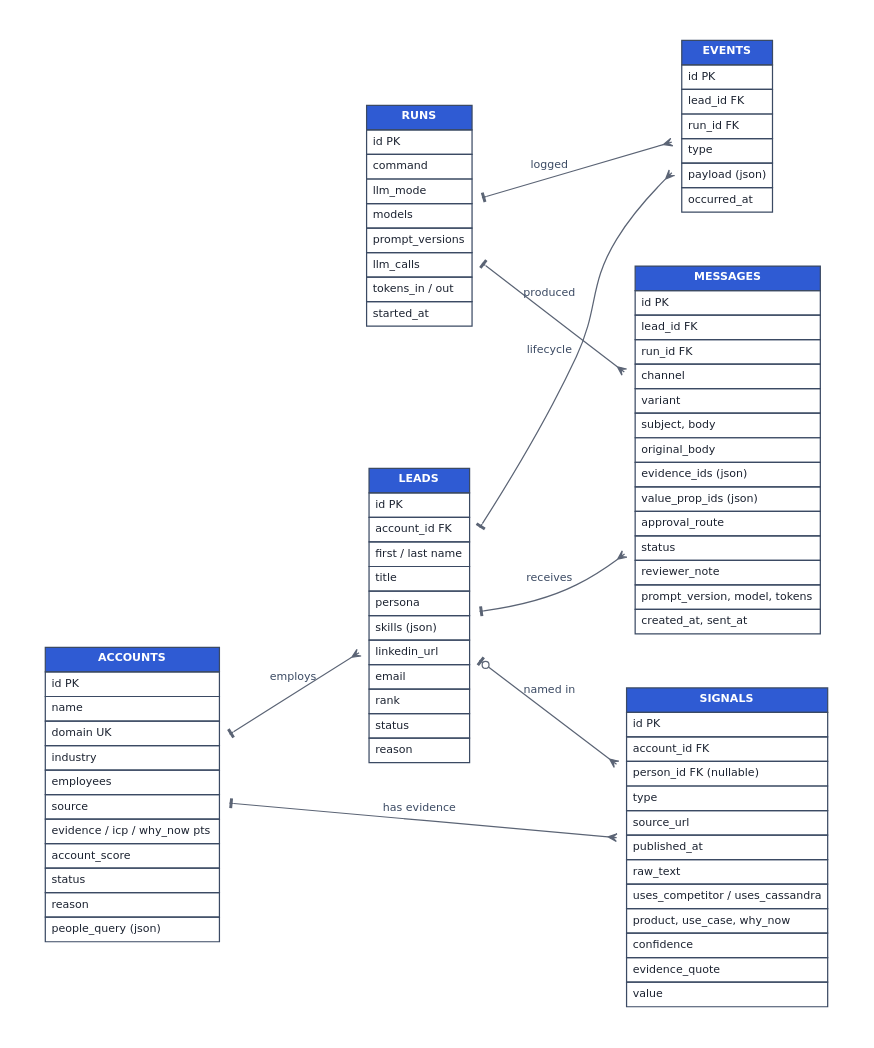
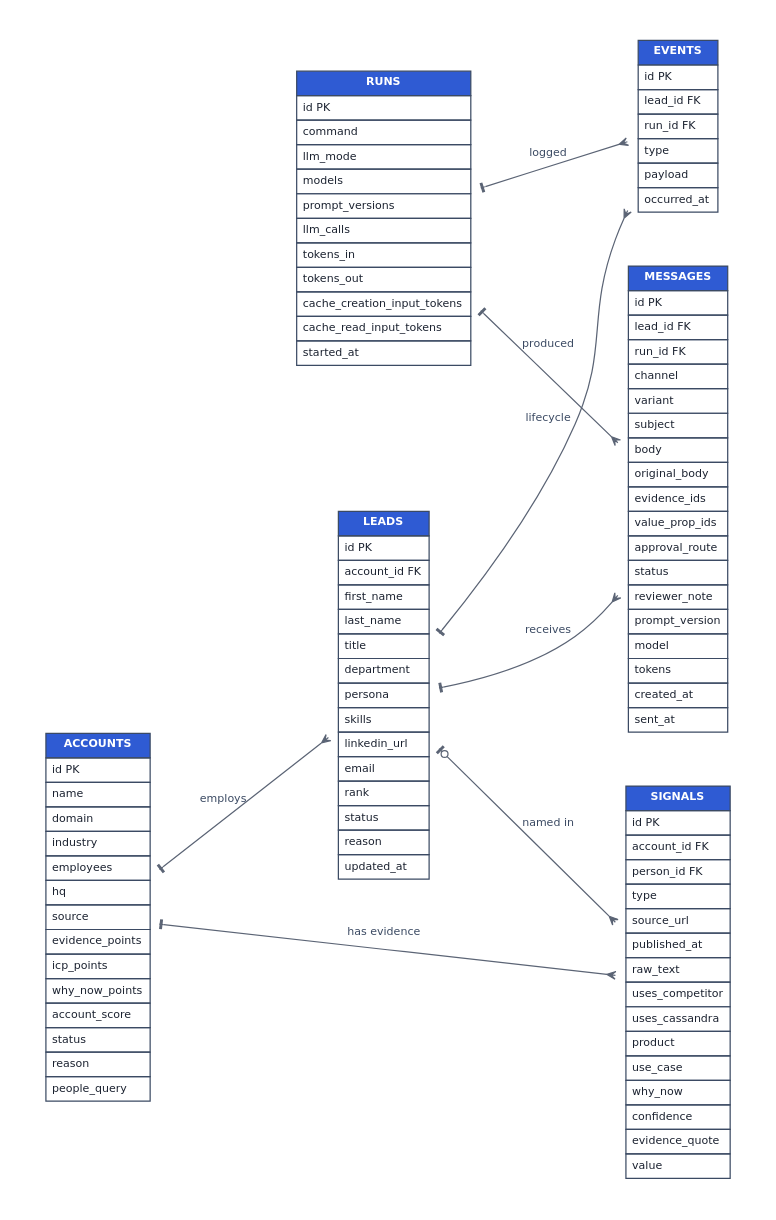
The diagram in docs/diagrams/erd.dot (OzShwartz/Scylla-Hunter-POC), drawn with Graphviz before and after one commit. The commit also changed 5 other files, not shown here.

First line of the commit message:
Step 1: replace infra_poc, message_lifecycle, erd diagrams

```diff
--- a/docs/diagrams/erd.dot
+++ b/docs/diagrams/erd.dot
@@ -1,17 +1,17 @@
-digraph G { rankdir=LR;   graph [fontname="DejaVu Sans", fontsize=11, bgcolor="white", pad=0.3, nodesep=0.45, ranksep=0.55];
+digraph G { rankdir=LR; graph [fontname="DejaVu Sans", fontsize=11, bgcolor="white", pad=0.3, nodesep=0.45, ranksep=0.55];
   node  [fontname="DejaVu Sans", fontsize=10, color="#3b4a63", fontcolor="#1b2230", penwidth=1.2];
   edge  [fontname="DejaVu Sans", fontsize=9, color="#5b6475", fontcolor="#3b4a63", arrowsize=0.7]; nodesep=0.5; ranksep=0.9; node [shape=plaintext, fontsize=9]; edge [dir=both, arrowhead=crow, arrowtail=tee];
-RUNS [label=<<TABLE BORDER="0" CELLBORDER="1" CELLSPACING="0" CELLPADDING="4" COLOR="#3b4a63"><TR><TD BGCOLOR="#2f5bd3"><FONT COLOR="white"><B>RUNS</B></FONT></TD></TR><TR><TD ALIGN="LEFT" PORT="0">id PK</TD></TR><TR><TD ALIGN="LEFT" PORT="1">command</TD></TR><TR><TD ALIGN="LEFT" PORT="2">llm_mode</TD></TR><TR><TD ALIGN="LEFT" PORT="3">models</TD></TR><TR><TD ALIGN="LEFT" PORT="4">prompt_versions</TD></TR><TR><TD ALIGN="LEFT" PORT="5">llm_calls</TD></TR><TR><TD ALIGN="LEFT" PORT="6">tokens_in / out</TD></TR><TR><TD ALIGN="LEFT" PORT="7">started_at</TD></TR></TABLE>>];
-ACCOUNTS [label=<<TABLE BORDER="0" CELLBORDER="1" CELLSPACING="0" CELLPADDING="4" COLOR="#3b4a63"><TR><TD BGCOLOR="#2f5bd3"><FONT COLOR="white"><B>ACCOUNTS</B></FONT></TD></TR><TR><TD ALIGN="LEFT" PORT="0">id PK</TD></TR><TR><TD ALIGN="LEFT" PORT="1">name</TD></TR><TR><TD ALIGN="LEFT" PORT="2">domain UK</TD></TR><TR><TD ALIGN="LEFT" PORT="3">industry</TD></TR><TR><TD ALIGN="LEFT" PORT="4">employees</TD></TR><TR><TD ALIGN="LEFT" PORT="5">source</TD></TR><TR><TD ALIGN="LEFT" PORT="6">evidence / icp / why_now pts</TD></TR><TR><TD ALIGN="LEFT" PORT="7">account_score</TD></TR><TR><TD ALIGN="LEFT" PORT="8">status</TD></TR><TR><TD ALIGN="LEFT" PORT="9">reason</TD></TR><TR><TD ALIGN="LEFT" PORT="10">people_query (json)</TD></TR></TABLE>>];
-SIGNALS [label=<<TABLE BORDER="0" CELLBORDER="1" CELLSPACING="0" CELLPADDING="4" COLOR="#3b4a63"><TR><TD BGCOLOR="#2f5bd3"><FONT COLOR="white"><B>SIGNALS</B></FONT></TD></TR><TR><TD ALIGN="LEFT" PORT="0">id PK</TD></TR><TR><TD ALIGN="LEFT" PORT="1">account_id FK</TD></TR><TR><TD ALIGN="LEFT" PORT="2">person_id FK (nullable)</TD></TR><TR><TD ALIGN="LEFT" PORT="3">type</TD></TR><TR><TD ALIGN="LEFT" PORT="4">source_url</TD></TR><TR><TD ALIGN="LEFT" PORT="5">published_at</TD></TR><TR><TD ALIGN="LEFT" PORT="6">raw_text</TD></TR><TR><TD ALIGN="LEFT" PORT="7">uses_competitor / uses_cassandra</TD></TR><TR><TD ALIGN="LEFT" PORT="8">product, use_case, why_now</TD></TR><TR><TD ALIGN="LEFT" PORT="9">confidence</TD></TR><TR><TD ALIGN="LEFT" PORT="10">evidence_quote</TD></TR><TR><TD ALIGN="LEFT" PORT="11">value</TD></TR></TABLE>>];
-LEADS [label=<<TABLE BORDER="0" CELLBORDER="1" CELLSPACING="0" CELLPADDING="4" COLOR="#3b4a63"><TR><TD BGCOLOR="#2f5bd3"><FONT COLOR="white"><B>LEADS</B></FONT></TD></TR><TR><TD ALIGN="LEFT" PORT="0">id PK</TD></TR><TR><TD ALIGN="LEFT" PORT="1">account_id FK</TD></TR><TR><TD ALIGN="LEFT" PORT="2">first / last name</TD></TR><TR><TD ALIGN="LEFT" PORT="3">title</TD></TR><TR><TD ALIGN="LEFT" PORT="4">persona</TD></TR><TR><TD ALIGN="LEFT" PORT="5">skills (json)</TD></TR><TR><TD ALIGN="LEFT" PORT="6">linkedin_url</TD></TR><TR><TD ALIGN="LEFT" PORT="7">email</TD></TR><TR><TD ALIGN="LEFT" PORT="8">rank</TD></TR><TR><TD ALIGN="LEFT" PORT="9">status</TD></TR><TR><TD ALIGN="LEFT" PORT="10">reason</TD></TR></TABLE>>];
-MESSAGES [label=<<TABLE BORDER="0" CELLBORDER="1" CELLSPACING="0" CELLPADDING="4" COLOR="#3b4a63"><TR><TD BGCOLOR="#2f5bd3"><FONT COLOR="white"><B>MESSAGES</B></FONT></TD></TR><TR><TD ALIGN="LEFT" PORT="0">id PK</TD></TR><TR><TD ALIGN="LEFT" PORT="1">lead_id FK</TD></TR><TR><TD ALIGN="LEFT" PORT="2">run_id FK</TD></TR><TR><TD ALIGN="LEFT" PORT="3">channel</TD></TR><TR><TD ALIGN="LEFT" PORT="4">variant</TD></TR><TR><TD ALIGN="LEFT" PORT="5">subject, body</TD></TR><TR><TD ALIGN="LEFT" PORT="6">original_body</TD></TR><TR><TD ALIGN="LEFT" PORT="7">evidence_ids (json)</TD></TR><TR><TD ALIGN="LEFT" PORT="8">value_prop_ids (json)</TD></TR><TR><TD ALIGN="LEFT" PORT="9">approval_route</TD></TR><TR><TD ALIGN="LEFT" PORT="10">status</TD></TR><TR><TD ALIGN="LEFT" PORT="11">reviewer_note</TD></TR><TR><TD ALIGN="LEFT" PORT="12">prompt_version, model, tokens</TD></TR><TR><TD ALIGN="LEFT" PORT="13">created_at, sent_at</TD></TR></TABLE>>];
-EVENTS [label=<<TABLE BORDER="0" CELLBORDER="1" CELLSPACING="0" CELLPADDING="4" COLOR="#3b4a63"><TR><TD BGCOLOR="#2f5bd3"><FONT COLOR="white"><B>EVENTS</B></FONT></TD></TR><TR><TD ALIGN="LEFT" PORT="0">id PK</TD></TR><TR><TD ALIGN="LEFT" PORT="1">lead_id FK</TD></TR><TR><TD ALIGN="LEFT" PORT="2">run_id FK</TD></TR><TR><TD ALIGN="LEFT" PORT="3">type</TD></TR><TR><TD ALIGN="LEFT" PORT="4">payload (json)</TD></TR><TR><TD ALIGN="LEFT" PORT="5">occurred_at</TD></TR></TABLE>>];
+RUNS [label=<<TABLE BORDER="0" CELLBORDER="1" CELLSPACING="0" CELLPADDING="4" COLOR="#3b4a63"><TR><TD BGCOLOR="#2f5bd3"><FONT COLOR="white"><B>RUNS</B></FONT></TD></TR><TR><TD ALIGN="LEFT">id PK</TD></TR><TR><TD ALIGN="LEFT">command</TD></TR><TR><TD ALIGN="LEFT">llm_mode</TD></TR><TR><TD ALIGN="LEFT">models</TD></TR><TR><TD ALIGN="LEFT">prompt_versions</TD></TR><TR><TD ALIGN="LEFT">llm_calls</TD></TR><TR><TD ALIGN="LEFT">tokens_in</TD></TR><TR><TD ALIGN="LEFT">tokens_out</TD></TR><TR><TD ALIGN="LEFT">cache_creation_input_tokens</TD></TR><TR><TD ALIGN="LEFT">cache_read_input_tokens</TD></TR><TR><TD ALIGN="LEFT">started_at</TD></TR></TABLE>>];
+ACCOUNTS [label=<<TABLE BORDER="0" CELLBORDER="1" CELLSPACING="0" CELLPADDING="4" COLOR="#3b4a63"><TR><TD BGCOLOR="#2f5bd3"><FONT COLOR="white"><B>ACCOUNTS</B></FONT></TD></TR><TR><TD ALIGN="LEFT">id PK</TD></TR><TR><TD ALIGN="LEFT">name</TD></TR><TR><TD ALIGN="LEFT">domain</TD></TR><TR><TD ALIGN="LEFT">industry</TD></TR><TR><TD ALIGN="LEFT">employees</TD></TR><TR><TD ALIGN="LEFT">hq</TD></TR><TR><TD ALIGN="LEFT">source</TD></TR><TR><TD ALIGN="LEFT">evidence_points</TD></TR><TR><TD ALIGN="LEFT">icp_points</TD></TR><TR><TD ALIGN="LEFT">why_now_points</TD></TR><TR><TD ALIGN="LEFT">account_score</TD></TR><TR><TD ALIGN="LEFT">status</TD></TR><TR><TD ALIGN="LEFT">reason</TD></TR><TR><TD ALIGN="LEFT">people_query</TD></TR></TABLE>>];
+SIGNALS [label=<<TABLE BORDER="0" CELLBORDER="1" CELLSPACING="0" CELLPADDING="4" COLOR="#3b4a63"><TR><TD BGCOLOR="#2f5bd3"><FONT COLOR="white"><B>SIGNALS</B></FONT></TD></TR><TR><TD ALIGN="LEFT">id PK</TD></TR><TR><TD ALIGN="LEFT">account_id FK</TD></TR><TR><TD ALIGN="LEFT">person_id FK</TD></TR><TR><TD ALIGN="LEFT">type</TD></TR><TR><TD ALIGN="LEFT">source_url</TD></TR><TR><TD ALIGN="LEFT">published_at</TD></TR><TR><TD ALIGN="LEFT">raw_text</TD></TR><TR><TD ALIGN="LEFT">uses_competitor</TD></TR><TR><TD ALIGN="LEFT">uses_cassandra</TD></TR><TR><TD ALIGN="LEFT">product</TD></TR><TR><TD ALIGN="LEFT">use_case</TD></TR><TR><TD ALIGN="LEFT">why_now</TD></TR><TR><TD ALIGN="LEFT">confidence</TD></TR><TR><TD ALIGN="LEFT">evidence_quote</TD></TR><TR><TD ALIGN="LEFT">value</TD></TR></TABLE>>];
+LEADS [label=<<TABLE BORDER="0" CELLBORDER="1" CELLSPACING="0" CELLPADDING="4" COLOR="#3b4a63"><TR><TD BGCOLOR="#2f5bd3"><FONT COLOR="white"><B>LEADS</B></FONT></TD></TR><TR><TD ALIGN="LEFT">id PK</TD></TR><TR><TD ALIGN="LEFT">account_id FK</TD></TR><TR><TD ALIGN="LEFT">first_name</TD></TR><TR><TD ALIGN="LEFT">last_name</TD></TR><TR><TD ALIGN="LEFT">title</TD></TR><TR><TD ALIGN="LEFT">department</TD></TR><TR><TD ALIGN="LEFT">persona</TD></TR><TR><TD ALIGN="LEFT">skills</TD></TR><TR><TD ALIGN="LEFT">linkedin_url</TD></TR><TR><TD ALIGN="LEFT">email</TD></TR><TR><TD ALIGN="LEFT">rank</TD></TR><TR><TD ALIGN="LEFT">status</TD></TR><TR><TD ALIGN="LEFT">reason</TD></TR><TR><TD ALIGN="LEFT">updated_at</TD></TR></TABLE>>];
+MESSAGES [label=<<TABLE BORDER="0" CELLBORDER="1" CELLSPACING="0" CELLPADDING="4" COLOR="#3b4a63"><TR><TD BGCOLOR="#2f5bd3"><FONT COLOR="white"><B>MESSAGES</B></FONT></TD></TR><TR><TD ALIGN="LEFT">id PK</TD></TR><TR><TD ALIGN="LEFT">lead_id FK</TD></TR><TR><TD ALIGN="LEFT">run_id FK</TD></TR><TR><TD ALIGN="LEFT">channel</TD></TR><TR><TD ALIGN="LEFT">variant</TD></TR><TR><TD ALIGN="LEFT">subject</TD></TR><TR><TD ALIGN="LEFT">body</TD></TR><TR><TD ALIGN="LEFT">original_body</TD></TR><TR><TD ALIGN="LEFT">evidence_ids</TD></TR><TR><TD ALIGN="LEFT">value_prop_ids</TD></TR><TR><TD ALIGN="LEFT">approval_route</TD></TR><TR><TD ALIGN="LEFT">status</TD></TR><TR><TD ALIGN="LEFT">reviewer_note</TD></TR><TR><TD ALIGN="LEFT">prompt_version</TD></TR><TR><TD ALIGN="LEFT">model</TD></TR><TR><TD ALIGN="LEFT">tokens</TD></TR><TR><TD ALIGN="LEFT">created_at</TD></TR><TR><TD ALIGN="LEFT">sent_at</TD></TR></TABLE>>];
+EVENTS [label=<<TABLE BORDER="0" CELLBORDER="1" CELLSPACING="0" CELLPADDING="4" COLOR="#3b4a63"><TR><TD BGCOLOR="#2f5bd3"><FONT COLOR="white"><B>EVENTS</B></FONT></TD></TR><TR><TD ALIGN="LEFT">id PK</TD></TR><TR><TD ALIGN="LEFT">lead_id FK</TD></TR><TR><TD ALIGN="LEFT">run_id FK</TD></TR><TR><TD ALIGN="LEFT">type</TD></TR><TR><TD ALIGN="LEFT">payload</TD></TR><TR><TD ALIGN="LEFT">occurred_at</TD></TR></TABLE>>];
 ACCOUNTS -> SIGNALS [label="has evidence"];
 ACCOUNTS -> LEADS [label="employs"];
 LEADS -> SIGNALS [label="named in", arrowtail=teeodot];
 LEADS -> MESSAGES [label="receives"];
 LEADS -> EVENTS [label="lifecycle"];
 RUNS -> MESSAGES [label="produced"];
 RUNS -> EVENTS [label="logged"];
 }
```
